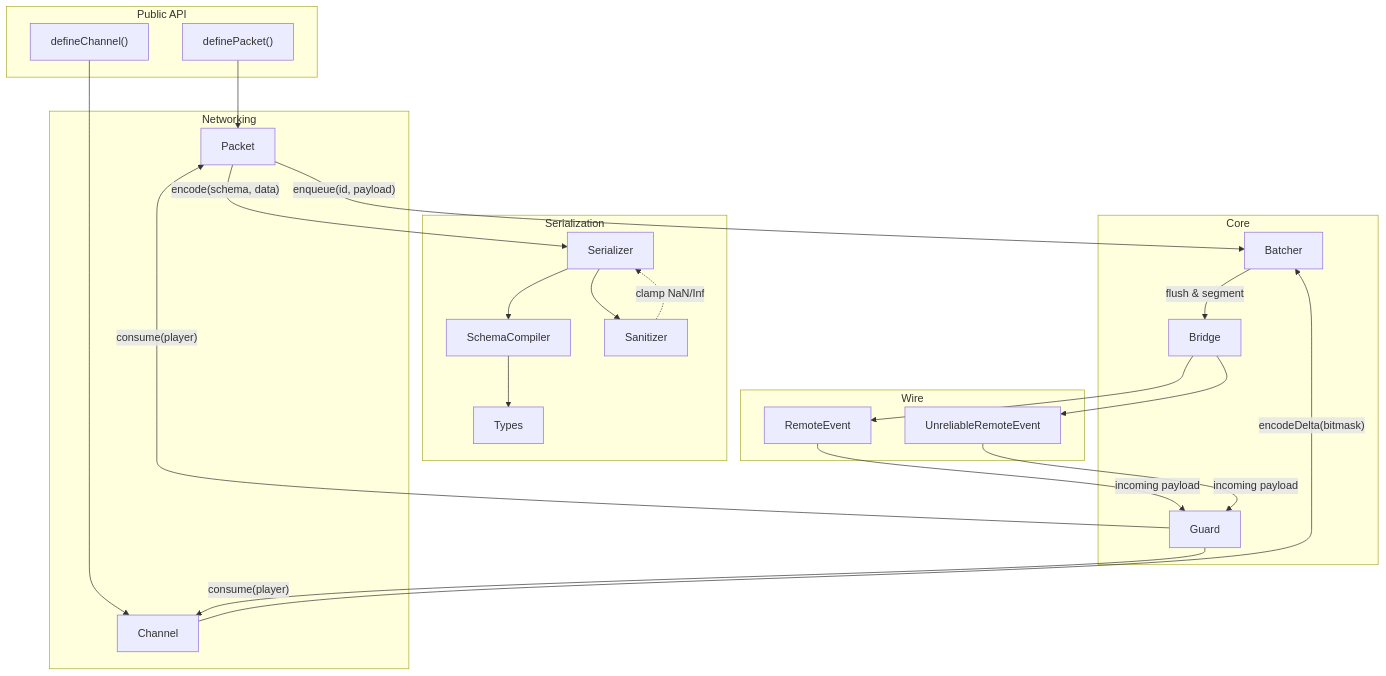
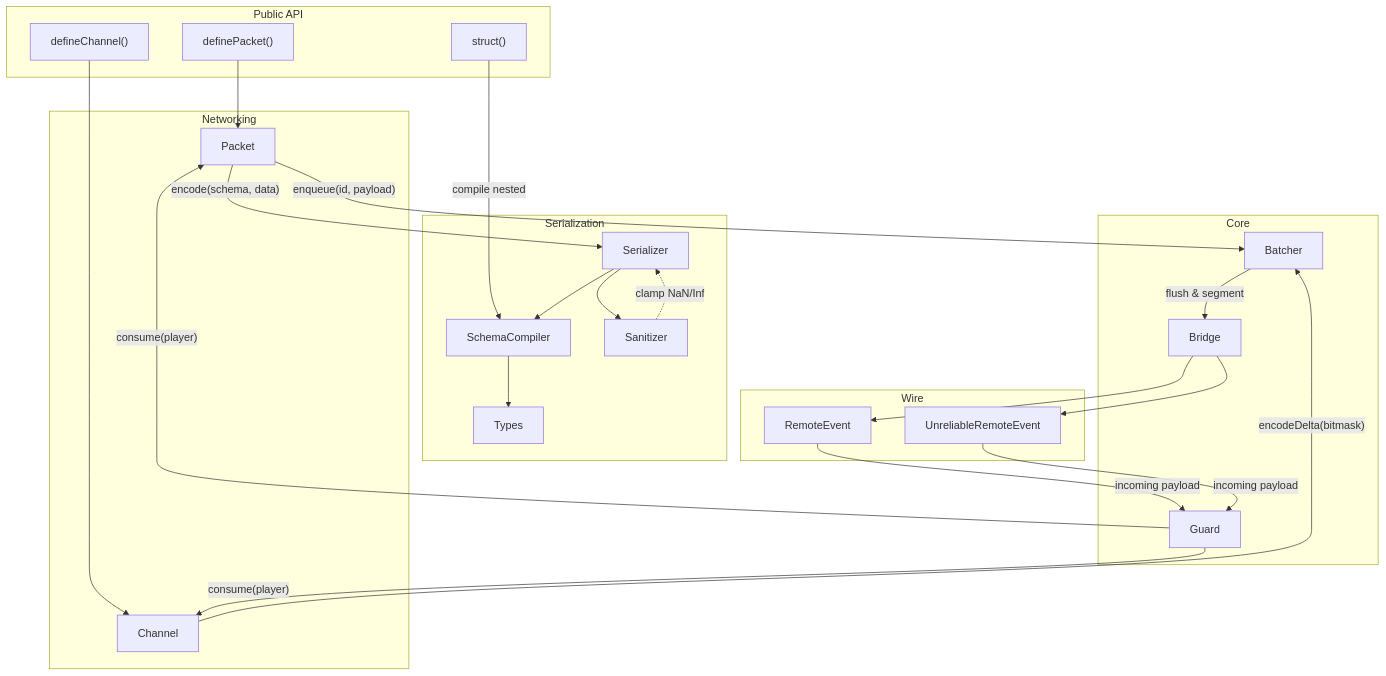
Before and after one commit to kurang-dana/satset: the diagram in README.md, drawn with Mermaid. The commit also changed other lines of this file and 5 other files, not shown here.

````diff
--- a/README.md
+++ b/README.md
@@ -76,54 +78,56 @@
 ```mermaid
 flowchart TB
     subgraph API["Public API"]
         DP["definePacket()"]
         DC["defineChannel()"]
+        ST["struct()"]
     end
 
     subgraph Serialization
         SC["SchemaCompiler"]
         SR["Serializer"]
         SN["Sanitizer"]
         TP["Types"]
     end
 
     subgraph Core
         BT["Batcher"]
         GD["Guard"]
         BR["Bridge"]
     end
 
     subgraph Networking
         PK["Packet"]
         CH["Channel"]
     end
 
     subgraph Transport["Wire"]
         RE["RemoteEvent"]
         URE["UnreliableRemoteEvent"]
     end
 
     DP --> PK
     DC --> CH
 
     PK -->|"encode(schema, data)"| SR
+    ST -->|"compile nested"| SC
     SR --> SC
     SR --> SN
     SC --> TP
 
     PK -->|"enqueue(id, payload)"| BT
     CH -->|"encodeDelta(bitmask)"| BT
 
     BT -->|"flush & segment"| BR
 
     BR --> RE
     BR --> URE
 
     RE -->|"incoming payload"| GD
     URE -->|"incoming payload"| GD
 
     GD -->|"consume(player)"| PK
     GD -->|"consume(player)"| CH
 
     SN -.->|"clamp NaN/Inf"| SR
 ```
````
